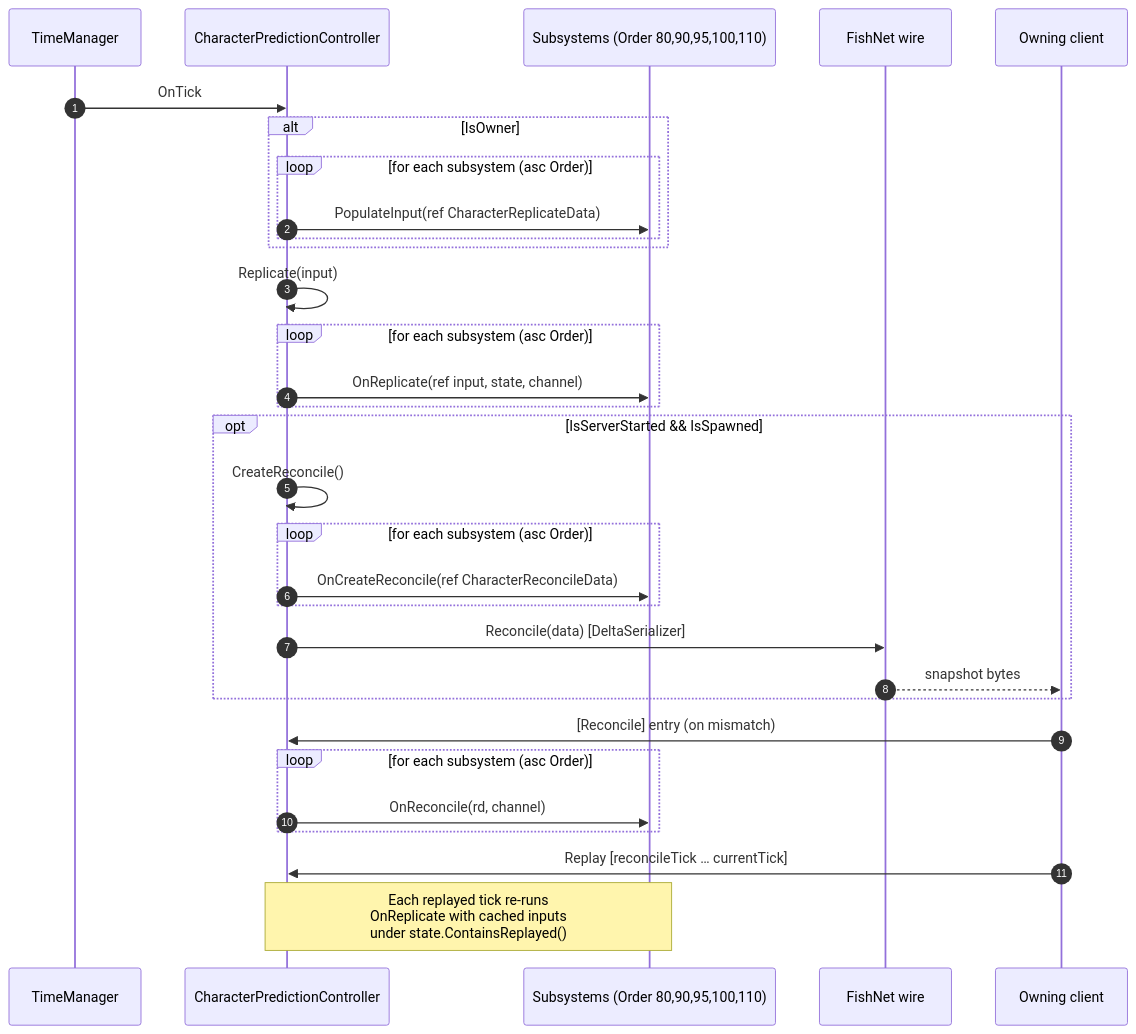
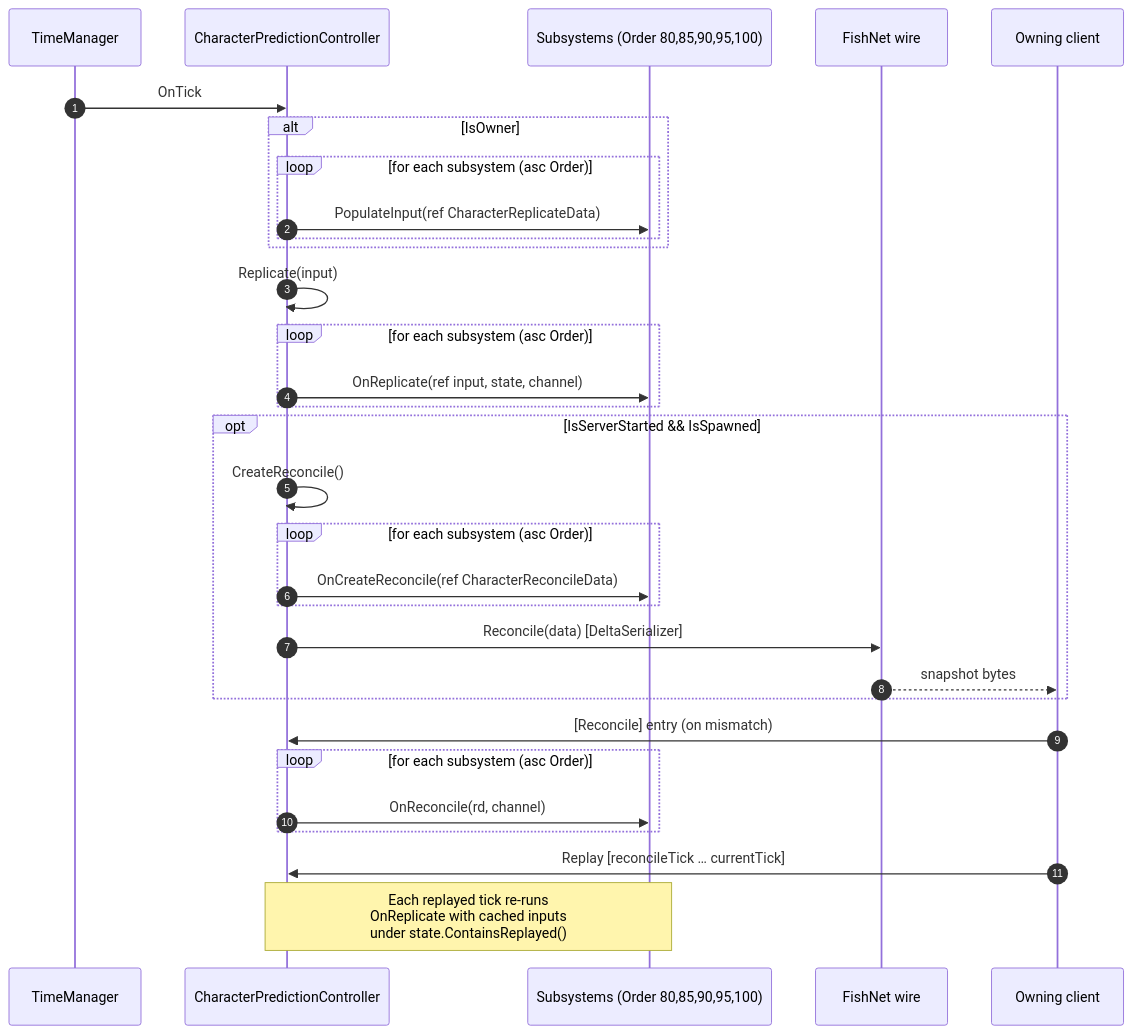
Before and after one commit to jimdroberts/FishMMO: the second of 5 diagrams in FishMMO-Unity/Assets/Scripts/Shared/Implementation/Entity/Prediction/README.md, drawn with Mermaid. The commit also changed other lines of this file and 14 other files, not shown here.

````diff
--- a/FishMMO-Unity/Assets/Scripts/Shared/Implementation/Entity/Prediction/README.md
+++ b/FishMMO-Unity/Assets/Scripts/Shared/Implementation/Entity/Prediction/README.md
@@ -302,36 +302,36 @@
 ```mermaid
 sequenceDiagram
     autonumber
     participant TM as TimeManager
     participant CPC as CharacterPredictionController
-    participant Subs as Subsystems (Order 80,90,95,100,110)
+    participant Subs as Subsystems (Order 80,85,90,95,100)
     participant Net as FishNet wire
     participant Cli as Owning client
 
     TM->>CPC: OnTick
     alt IsOwner
         loop for each subsystem (asc Order)
             CPC->>Subs: PopulateInput(ref CharacterReplicateData)
         end
     end
     CPC->>CPC: Replicate(input)
     loop for each subsystem (asc Order)
         CPC->>Subs: OnReplicate(ref input, state, channel)
     end
 
     opt IsServerStarted && IsSpawned
         CPC->>CPC: CreateReconcile()
         loop for each subsystem (asc Order)
             CPC->>Subs: OnCreateReconcile(ref CharacterReconcileData)
         end
         CPC->>Net: Reconcile(data)   [DeltaSerializer]
         Net-->>Cli: snapshot bytes
     end
 
     Cli->>CPC: [Reconcile] entry (on mismatch)
     loop for each subsystem (asc Order)
         CPC->>Subs: OnReconcile(rd, channel)
     end
     Cli->>CPC: Replay [reconcileTick … currentTick]
     Note over CPC,Subs: Each replayed tick re-runs<br/>OnReplicate with cached inputs<br/>under state.ContainsReplayed()
 ```
````
